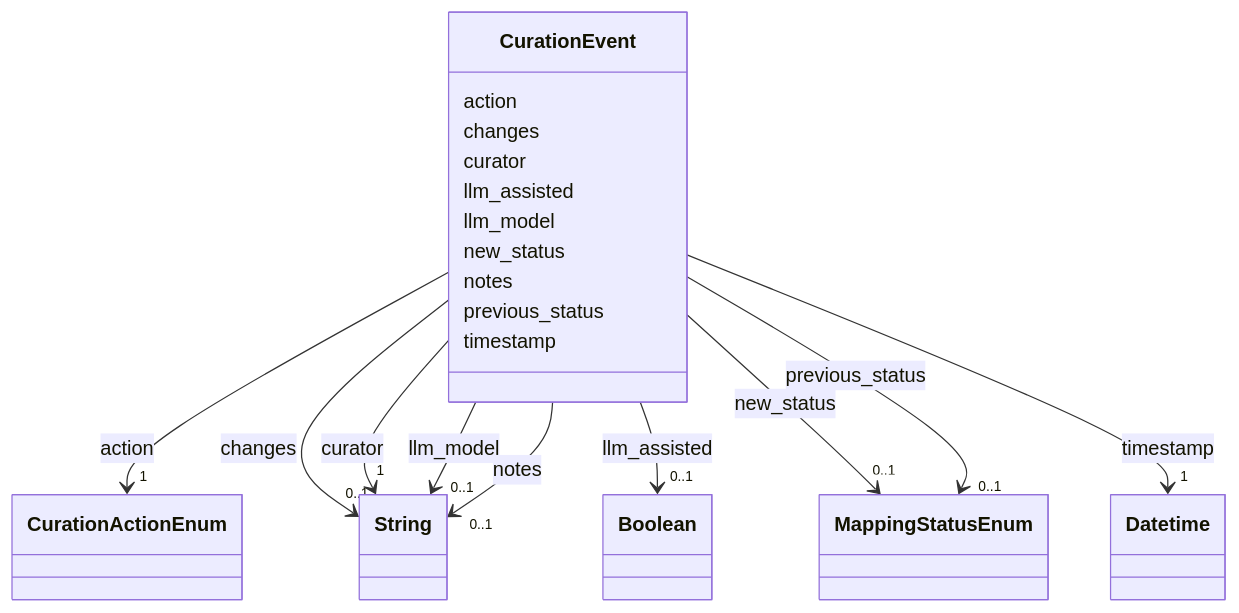
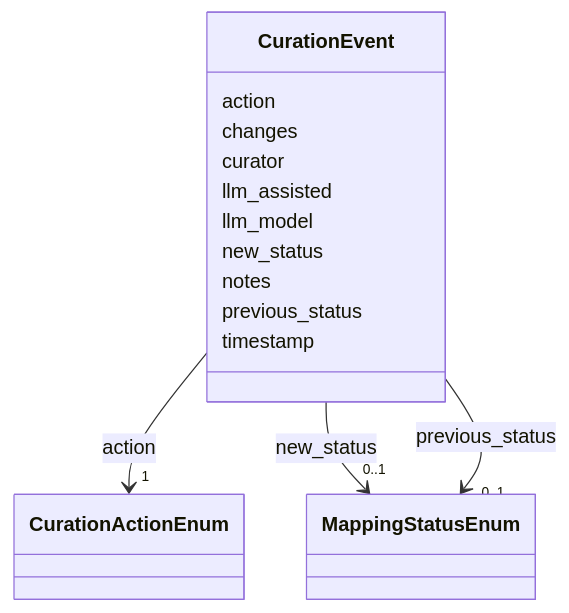
The diagram in docs/CurationEvent.md (CultureBotAI/MediaIngredientMech), drawn with Mermaid before and after one commit. The commit also changed other lines of this file and 70 other files, not shown here.

````diff
--- a/docs/CurationEvent.md
+++ b/docs/CurationEvent.md
@@ -32,47 +32,11 @@
         
       CurationEvent : changes
         
-          
-    
-        
-        
-        CurationEvent --> "0..1" String : changes
-        click String href "../http://www.w3.org/2001/XMLSchema#string/"
-    
-
-        
       CurationEvent : curator
-        
-          
-    
-        
-        
-        CurationEvent --> "1" String : curator
-        click String href "../http://www.w3.org/2001/XMLSchema#string/"
-    
-
         
       CurationEvent : llm_assisted
         
-          
-    
-        
-        
-        CurationEvent --> "0..1" Boolean : llm_assisted
-        click Boolean href "../http://www.w3.org/2001/XMLSchema#boolean/"
-    
-
-        
       CurationEvent : llm_model
-        
-          
-    
-        
-        
-        CurationEvent --> "0..1" String : llm_model
-        click String href "../http://www.w3.org/2001/XMLSchema#string/"
-    
-
         
       CurationEvent : new_status
         
@@ -87,15 +51,6 @@
         
       CurationEvent : notes
         
-          
-    
-        
-        
-        CurationEvent --> "0..1" String : notes
-        click String href "../http://www.w3.org/2001/XMLSchema#string/"
-    
-
-        
       CurationEvent : previous_status
         
           
@@ -109,14 +64,5 @@
         
       CurationEvent : timestamp
         
-          
-    
-        
-        
-        CurationEvent --> "1" Datetime : timestamp
-        click Datetime href "../http://www.w3.org/2001/XMLSchema#dateTime/"
-    
-
-        
       
 ```
````
